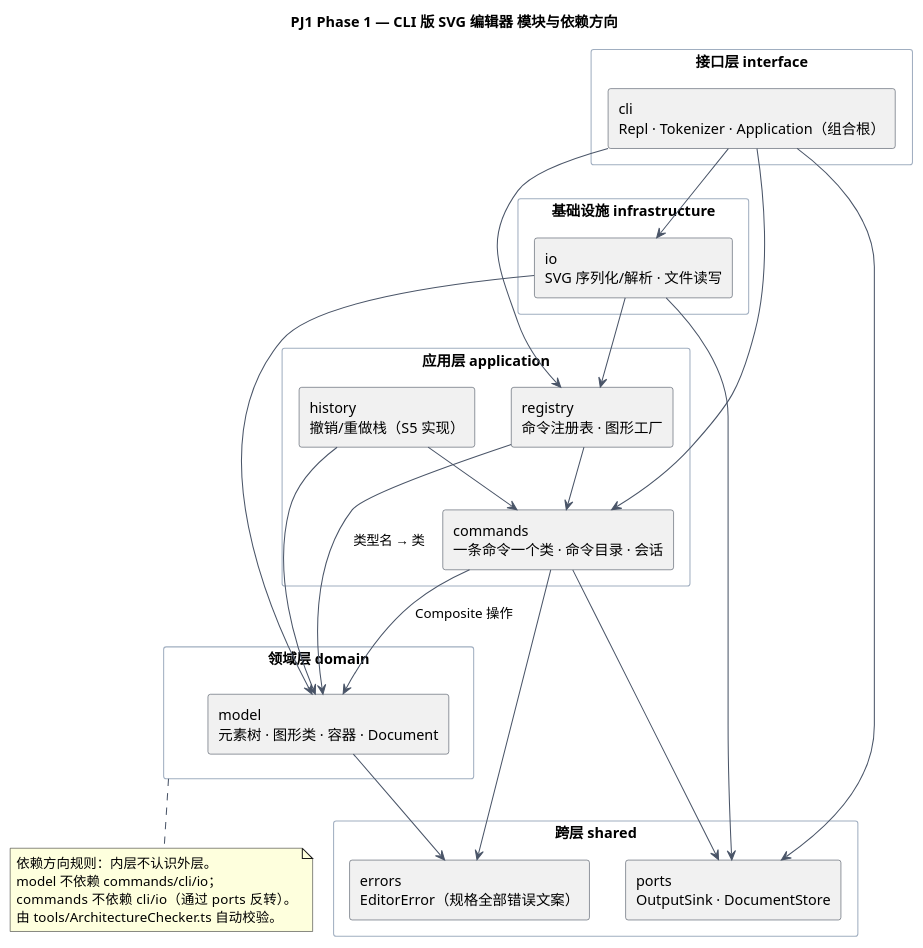
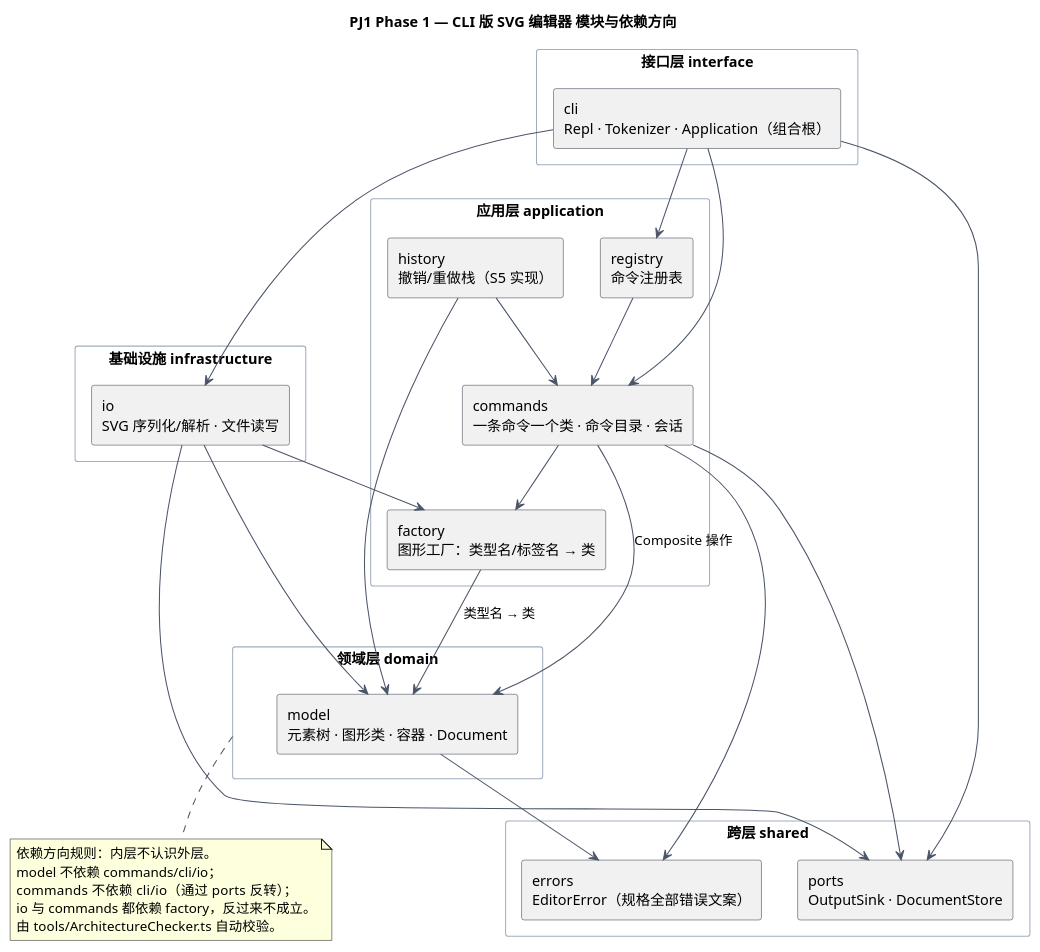
Before and after one commit to christina252/pj1-svg-editor: the diagram in docs/architecture.puml, drawn with PlantUML. The commit also changed 12 other files, not shown here.

```diff
--- a/docs/architecture.puml
+++ b/docs/architecture.puml
@@ -1,58 +1,61 @@
 @startuml PJ1 CLI SVG Editor — 组件图
 skinparam backgroundColor #FFFFFF
 skinparam shadowing false
 skinparam defaultFontName SansSerif
 skinparam packageStyle rectangle
 skinparam componentStyle rectangle
 skinparam ArrowColor #4A5568
 skinparam ComponentBorderColor #2D3748
 skinparam PackageBorderColor #A0AEC0
 
 title PJ1 Phase 1 — CLI 版 SVG 编辑器 模块与依赖方向
 
 package "接口层 interface" as iface {
   [cli\nRepl · Tokenizer · Application（组合根）] as cli
 }
 
 package "应用层 application" as app {
   [commands\n一条命令一个类 · 命令目录 · 会话] as commands
   [history\n撤销/重做栈（S5 实现）] as history
-  [registry\n命令注册表 · 图形工厂] as registry
+  [registry\n命令注册表] as registry
+  [factory\n图形工厂：类型名/标签名 → 类] as factory
 }
 
 package "领域层 domain" as domain {
   [model\n元素树 · 图形类 · 容器 · Document] as model
 }
 
 package "基础设施 infrastructure" as infra {
   [io\nSVG 序列化/解析 · 文件读写] as io
 }
 
 package "跨层 shared" as shared {
   [ports\nOutputSink · DocumentStore] as ports
   [errors\nEditorError（规格全部错误文案）] as errors
 }
 
 cli --> commands
 cli --> registry
 cli --> io
 cli --> ports
 commands --> model : Composite 操作
 commands --> ports
 commands --> errors
+commands --> factory
 registry --> commands
-registry --> model : 类型名 → 类
 history --> commands
 history --> model
+factory --> model : 类型名 → 类
 io --> model
 io --> ports
-io --> registry
+io --> factory
 model --> errors
 
 note bottom of domain
   依赖方向规则：内层不认识外层。
   model 不依赖 commands/cli/io；
-  commands 不依赖 cli/io（通过 ports 反转）。
+  commands 不依赖 cli/io（通过 ports 反转）；
+  io 与 commands 都依赖 factory，反过来不成立。
   由 tools/ArchitectureChecker.ts 自动校验。
 end note
 @enduml
```
